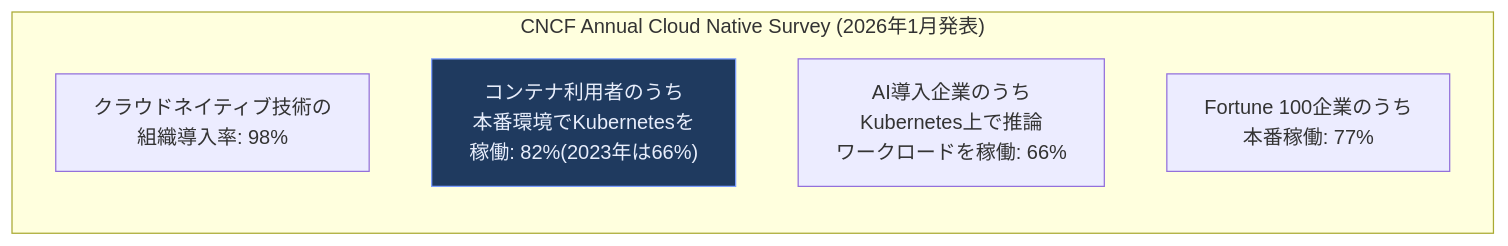
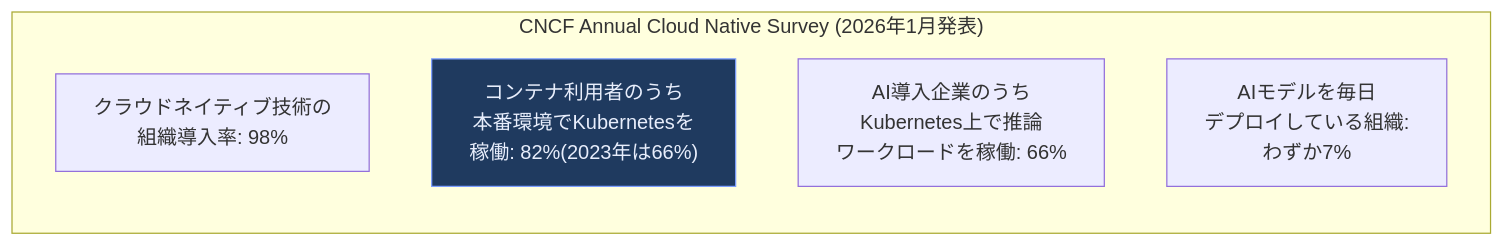
Diagram 40 of 41 in Kubernetes-in-Action.md (myoshi2891/Cloud-Infrastructure-Studies), drawn with Mermaid before and after one commit. The commit also changed other lines of this file, not shown here.

````diff
--- a/Kubernetes-in-Action.md
+++ b/Kubernetes-in-Action.md
@@ -1244,13 +1244,13 @@
 ```mermaid
 flowchart TB
     subgraph STATS["CNCF Annual Cloud Native Survey (2026年1月発表)"]
         direction TB
         S1["クラウドネイティブ技術の<br/>組織導入率: 98%"]
         S2["コンテナ利用者のうち<br/>本番環境でKubernetesを<br/>稼働: 82%(2023年は66%)"]
         S3["AI導入企業のうち<br/>Kubernetes上で推論<br/>ワークロードを稼働: 66%"]
-        S4["Fortune 100企業のうち<br/>本番稼働: 77%"]
+        S4["AIモデルを毎日<br/>デプロイしている組織:<br/>わずか7%"]
     end
 
     classDef highlightFill fill:#1f3a5f,stroke:#7c9eff,color:#e8eefc
     class S2 highlightFill
 ```
````
